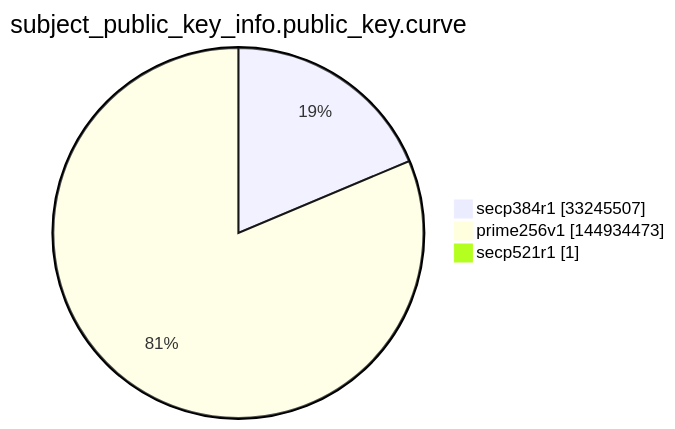
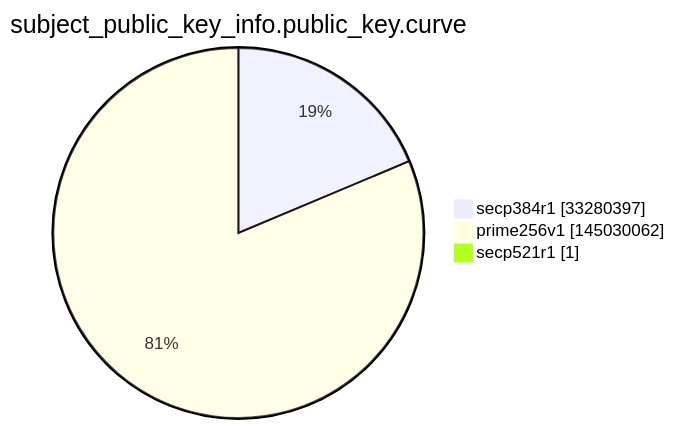
Before and after one commit to christiankrug/ctmonitor_visualization: the ninth of 15 diagrams in argon2022/README.md, drawn with Mermaid. The commit also changed other lines of this file, not shown here.

````diff
--- a/argon2022/README.md
+++ b/argon2022/README.md
@@ -2764,7 +2764,7 @@
 ```mermaid
 pie showData
 title subject_public_key_info.public_key.curve
-"secp384r1" :33245507
-"prime256v1" :144934473
+"secp384r1" :33280397
+"prime256v1" :145030062
 "secp521r1" :1
 ```
````
